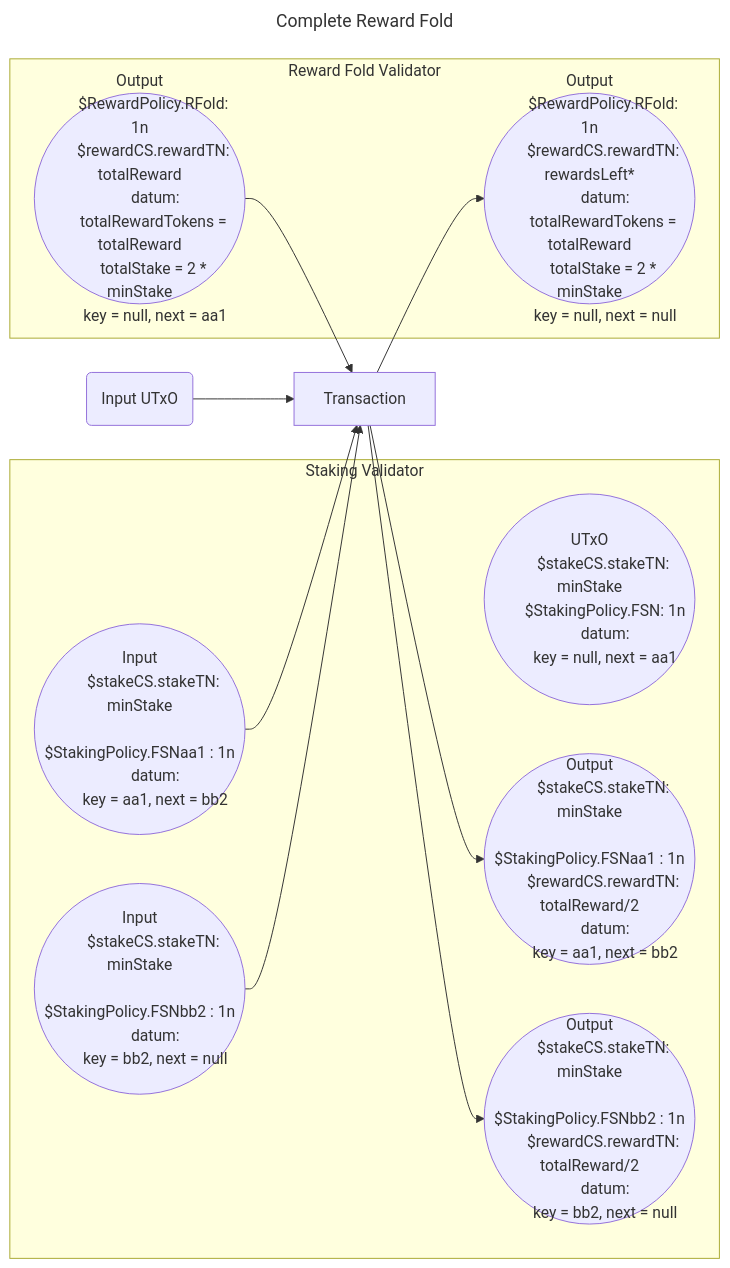
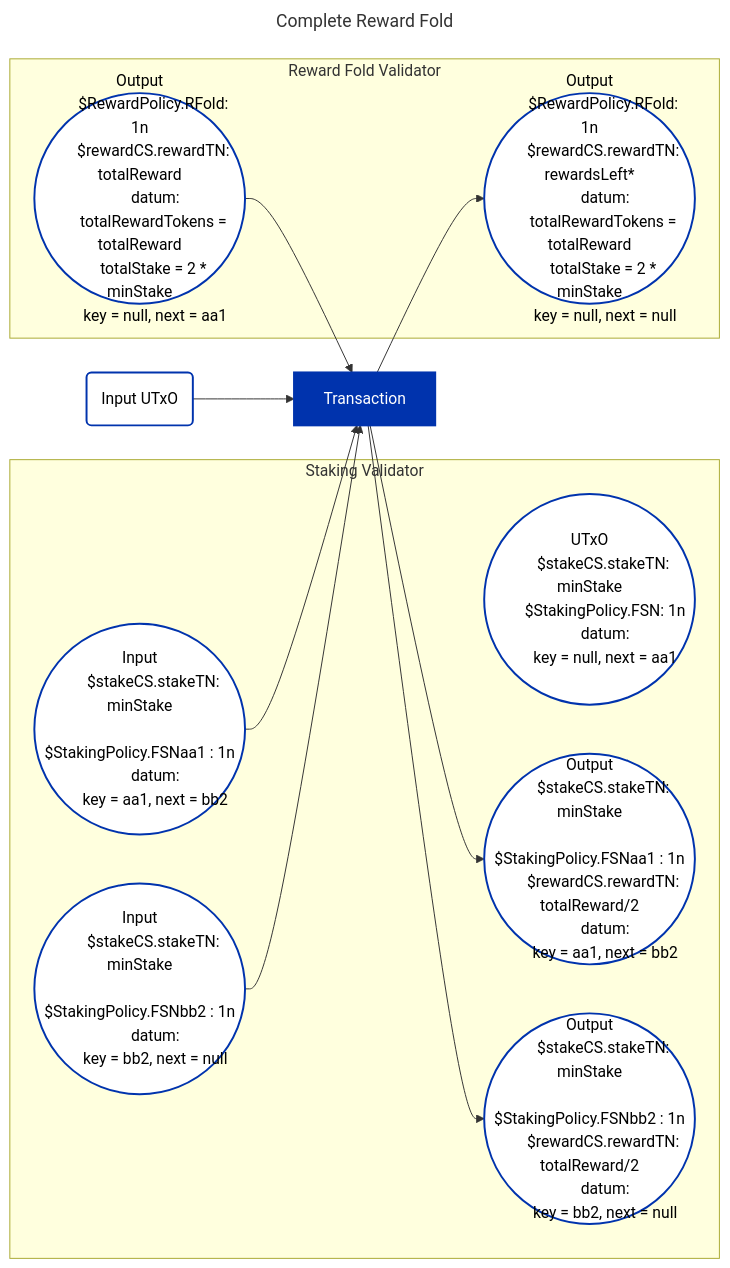
One commit to cardano-foundation/developer-portal changed the ninth of 9 diagrams in docs/smart-contracts/smart-contract-languages/plutarch/production-grade-dapps/single-asset-staking.md. Above: the diagram before and after it, drawn with Mermaid. The commit also changed other lines of this file and 14 other files, not shown here.

Commit message:
cardano unified color scheme for mermaid diagrams

````diff
--- a/docs/smart-contracts/smart-contract-languages/plutarch/production-grade-dapps/single-asset-staking.md
+++ b/docs/smart-contracts/smart-contract-languages/plutarch/production-grade-dapps/single-asset-staking.md
@@ -374,62 +422,72 @@
 ```mermaid
 ---
 title: Complete Reward Fold
 ---
 graph LR
     I1(Input UTxO)
     TX[ Transaction ]
     subgraph Staking Validator
     N1(("UTxO
         $stakeCS.stakeTN: minStake
         $StakingPolicy.FSN: 1n
         datum:
         key = null, next = aa1 "))
     N2(("Input
         $stakeCS.stakeTN: minStake
         $StakingPolicy.FSNaa1 : 1n
         datum:
         key = aa1, next = bb2 "))
     N3(("Input
         $stakeCS.stakeTN: minStake
         $StakingPolicy.FSNbb2 : 1n
         datum:
         key = bb2, next = null "))
     N4(("Output
         $stakeCS.stakeTN: minStake
         $StakingPolicy.FSNaa1 : 1n
         $rewardCS.rewardTN: totalReward/2
         datum:
         key = aa1, next = bb2 "))
     N5(("Output
         $stakeCS.stakeTN: minStake
         $StakingPolicy.FSNbb2 : 1n
         $rewardCS.rewardTN: totalReward/2
         datum:
         key = bb2, next = null "))
     end
     subgraph Reward Fold Validator
     R1(("Output
         $RewardPolicy.RFold: 1n
         $rewardCS.rewardTN: totalReward
         datum:
         totalRewardTokens = totalReward
         totalStake = 2 * minStake
         key = null, next = aa1
         "))
     R2(("Output
         $RewardPolicy.RFold: 1n
         $rewardCS.rewardTN: rewardsLeft*
         datum:
         totalRewardTokens = totalReward
         totalStake = 2 * minStake
         key = null, next = null
         "))
     end
     R1 --> TX
     N2 --> TX
     N3 --> TX
     I1 --> TX
     TX --> R2
     TX --> N4
     TX --> N5
+
+    style I1 fill:#FFFFFF,stroke:#0033AD,stroke-width:2px,color:#000000
+    style TX fill:#0033AD,stroke:#0033AD,stroke-width:2px,color:#FFFFFF
+    style N1 fill:#FFFFFF,stroke:#0033AD,stroke-width:2px,color:#000000
+    style N2 fill:#FFFFFF,stroke:#0033AD,stroke-width:2px,color:#000000
+    style N3 fill:#FFFFFF,stroke:#0033AD,stroke-width:2px,color:#000000
+    style N4 fill:#FFFFFF,stroke:#0033AD,stroke-width:2px,color:#000000
+    style N5 fill:#FFFFFF,stroke:#0033AD,stroke-width:2px,color:#000000
+    style R1 fill:#FFFFFF,stroke:#0033AD,stroke-width:2px,color:#000000
+    style R2 fill:#FFFFFF,stroke:#0033AD,stroke-width:2px,color:#000000
 ```
````
